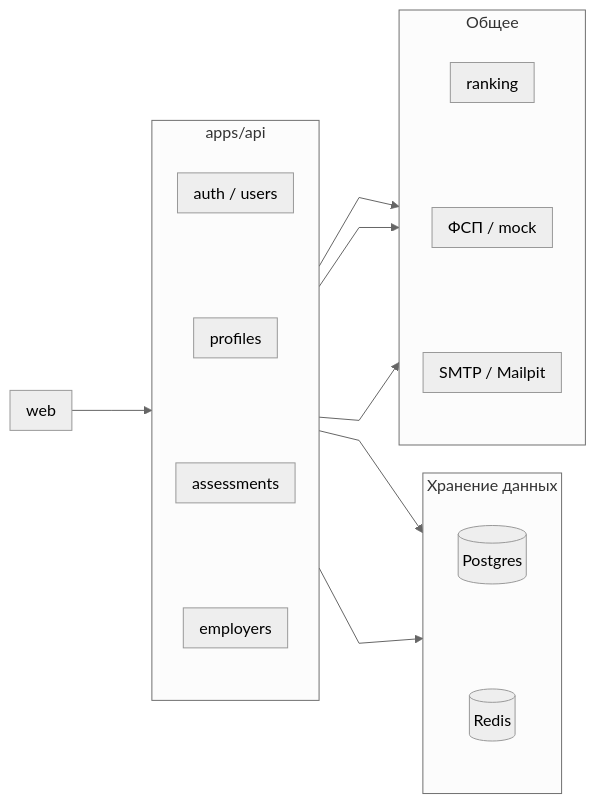
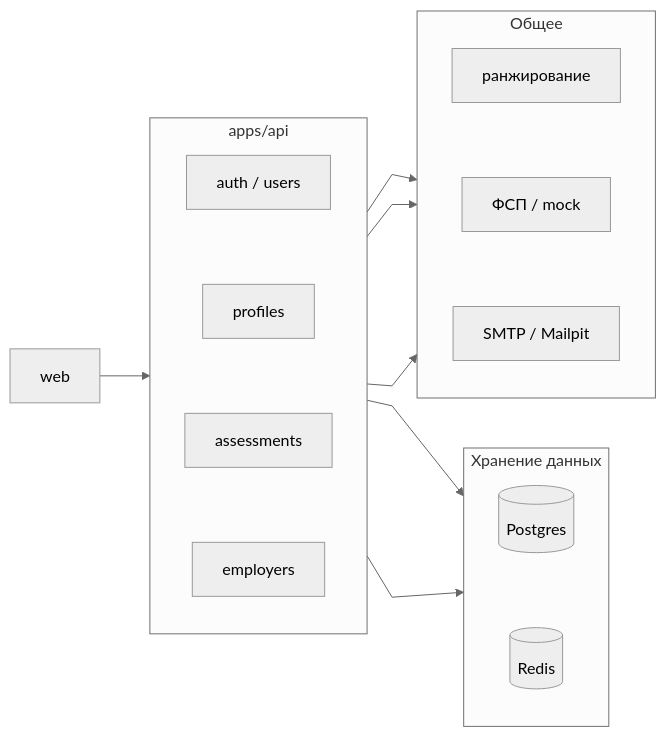
The diagram in docs/prod/site/stack/backend.md (DjonniStorm/hh-but-it-works), drawn with Mermaid (neutral theme) before and after one commit. The commit also changed other lines of this file and 22 other files, not shown here.

````diff
--- a/docs/prod/site/stack/backend.md
+++ b/docs/prod/site/stack/backend.md
@@ -46,36 +46,36 @@
 ```mermaid
-%%{init: {"flowchart": {"curve": "linear", "nodeSpacing": 28, "rankSpacing": 80, "padding": 8}}}%%
+%%{init: {"flowchart": {"curve": "linear"}}}%%
 flowchart LR
   web["web"]
 
   subgraph nest["apps/api"]
     direction TB
     auth["auth / users"]
     profiles["profiles"]
     assessments["assessments"]
     employers["employers"]
     auth ~~~ profiles ~~~ assessments ~~~ employers
   end
 
   subgraph store["Хранение данных"]
     direction TB
     pg[("Postgres")]
     redis[("Redis")]
     pg ~~~ redis
   end
 
   subgraph peers["Общее"]
     direction TB
-    ranking["ranking"]
+    ranking["ранжирование"]
     fsp["ФСП / mock"]
     smtp["SMTP / Mailpit"]
     ranking ~~~ fsp ~~~ smtp
   end
 
   web --> nest
   nest --> pg
   nest --> redis
   nest --> ranking
   nest --> fsp
   nest --> smtp
 ```
````
